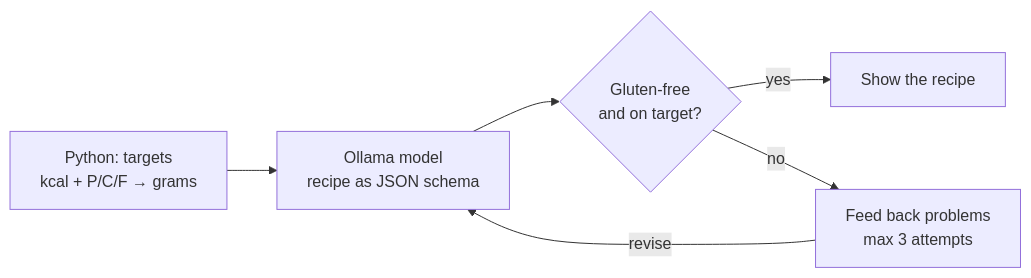
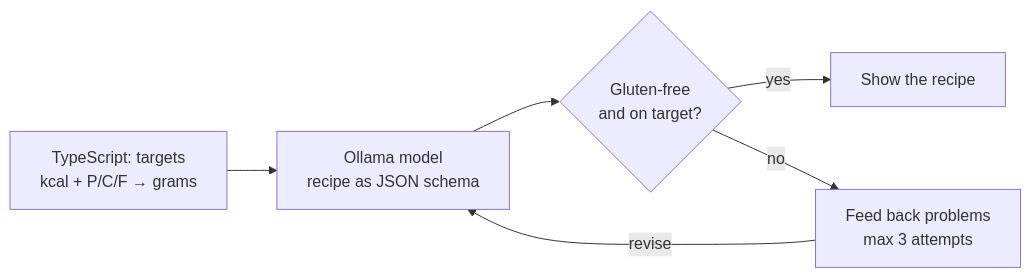
Before and after one commit to sorosz89/ollama-bootcamp: the diagram in 01-gluten-free-chef/README.md, drawn with Mermaid. The commit also changed other lines of this file and 14 other files, not shown here.

First line of the commit message:
Port the bootcamp from Python to TypeScript

````diff
--- a/01-gluten-free-chef/README.md
+++ b/01-gluten-free-chef/README.md
@@ -7,8 +7,8 @@
 ```mermaid
 flowchart LR
-    A[Python: targets<br/>kcal + P/C/F → grams] --> B[Ollama model<br/>recipe as JSON schema]
+    A[TypeScript: targets<br/>kcal + P/C/F → grams] --> B[Ollama model<br/>recipe as JSON schema]
     B --> C{Gluten-free<br/>and on target?}
     C -- yes --> D[Show the recipe]
     C -- no --> E[Feed back problems<br/>max 3 attempts]
     E -- revise --> B
 ```
````
